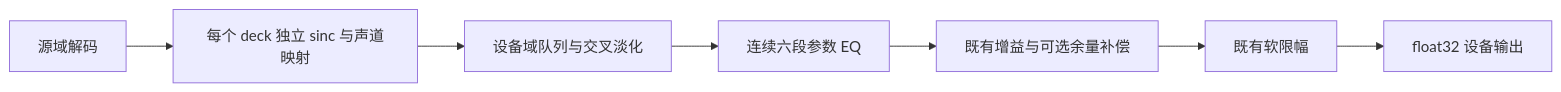
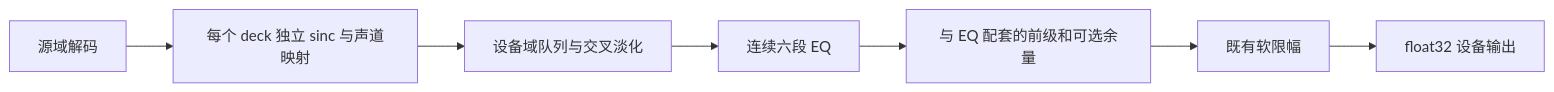
The first of 2 diagrams in docs/audio-quality-enhancement-design.md (onceMisery/hertz-studio), drawn with Mermaid before and after one commit. The commit also changed other lines of this file and 1 other file, not shown here.

````diff
--- a/docs/audio-quality-enhancement-design.md
+++ b/docs/audio-quality-enhancement-design.md
@@ -85,9 +104,9 @@
 ```mermaid
 flowchart LR
     A[源域解码] --> B[每个 deck 独立 sinc 与声道映射]
     B --> C[设备域队列与交叉淡化]
-    C --> D[连续六段参数 EQ]
-    D --> E[既有增益与可选余量补偿]
+    C --> D[连续六段 EQ]
+    D --> E[与 EQ 配套的前级和可选余量]
     E --> F[既有软限幅]
     F --> G[float32 设备输出]
 ```
````
